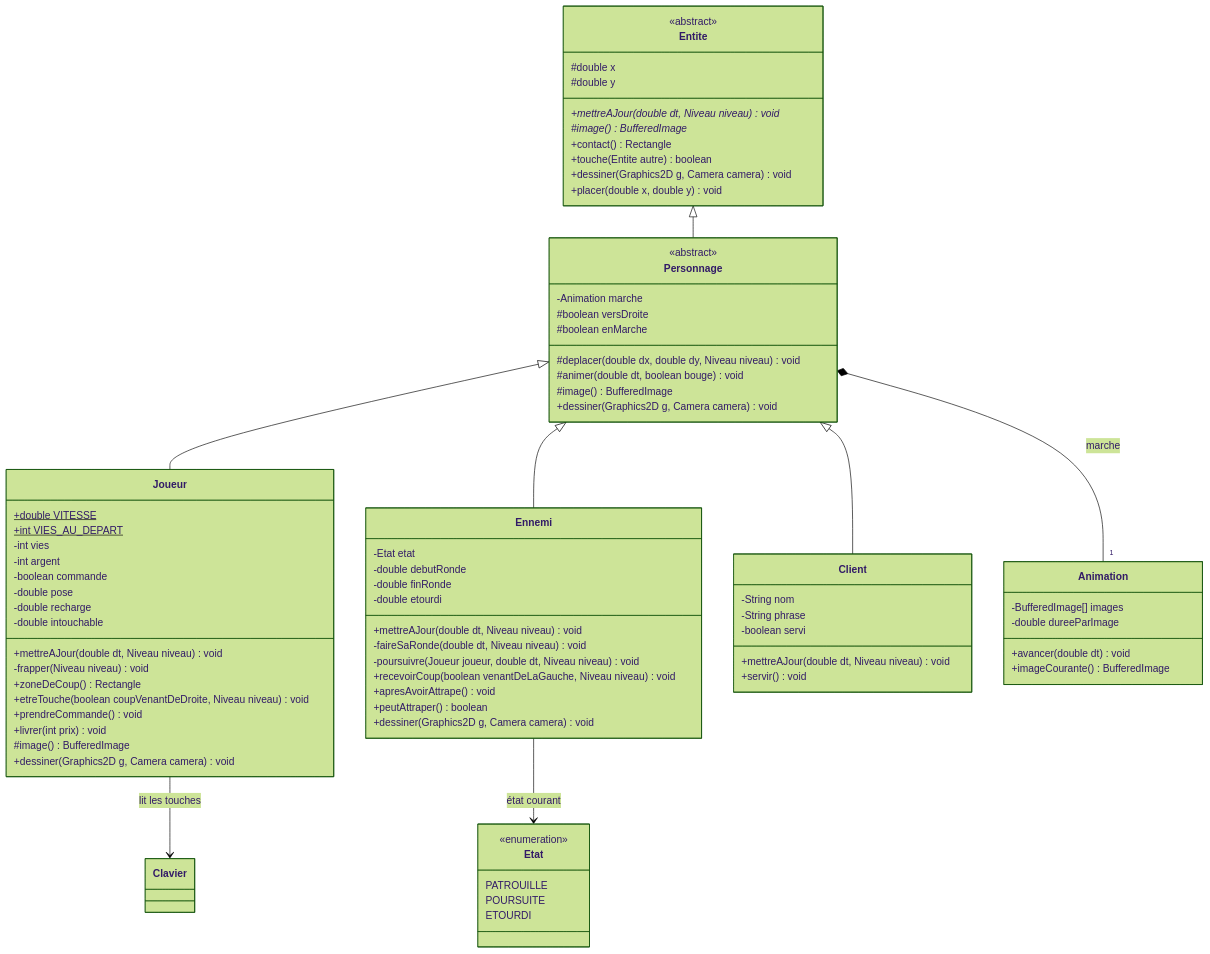
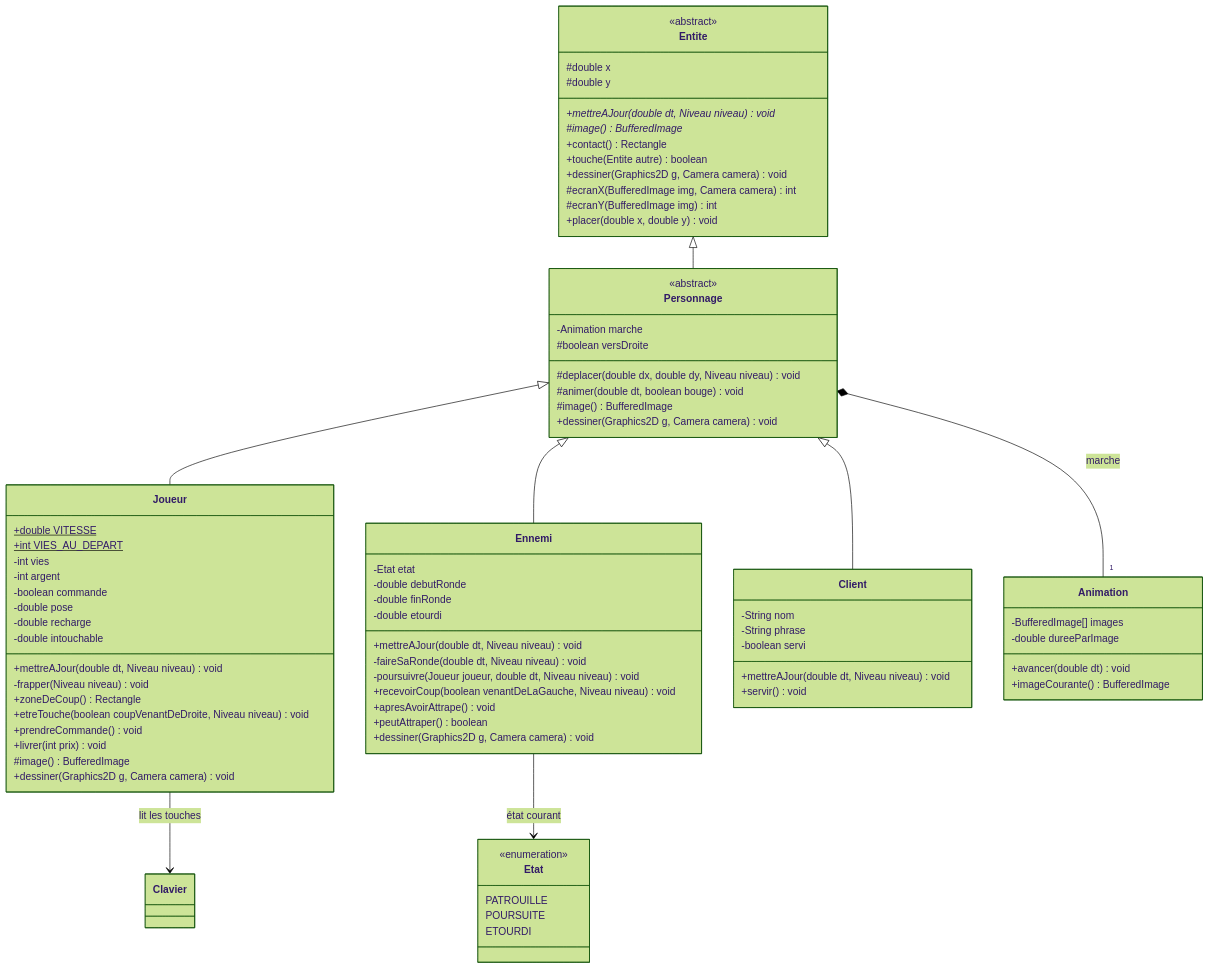
One commit to Abdallah94212/get-a-job changed the first of 6 diagrams in UML.md. Above: the diagram before and after it, drawn with Mermaid (forest theme). The commit also changed other lines of this file and 26 other files, not shown here.

```diff
--- a/UML.md
+++ b/UML.md
@@ -29,6 +29,8 @@
         +contact() Rectangle
         +touche(Entite autre) boolean
         +dessiner(Graphics2D g, Camera camera) void
+        #ecranX(BufferedImage img, Camera camera) int
+        #ecranY(BufferedImage img) int
         +placer(double x, double y) void
     }
 
@@ -36,7 +38,6 @@
         <<abstract>>
         -Animation marche
         #boolean versDroite
-        #boolean enMarche
         #deplacer(double dx, double dy, Niveau niveau) void
         #animer(double dt, boolean bouge) void
         #image() BufferedImage
```
